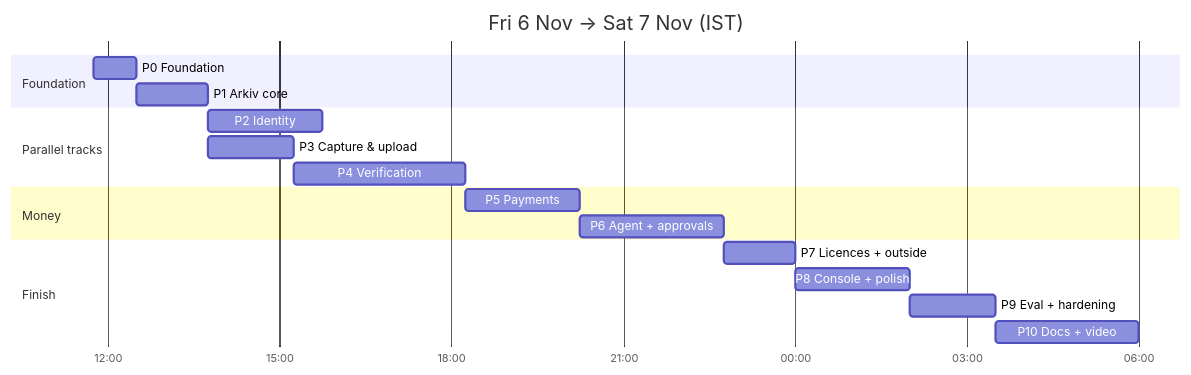
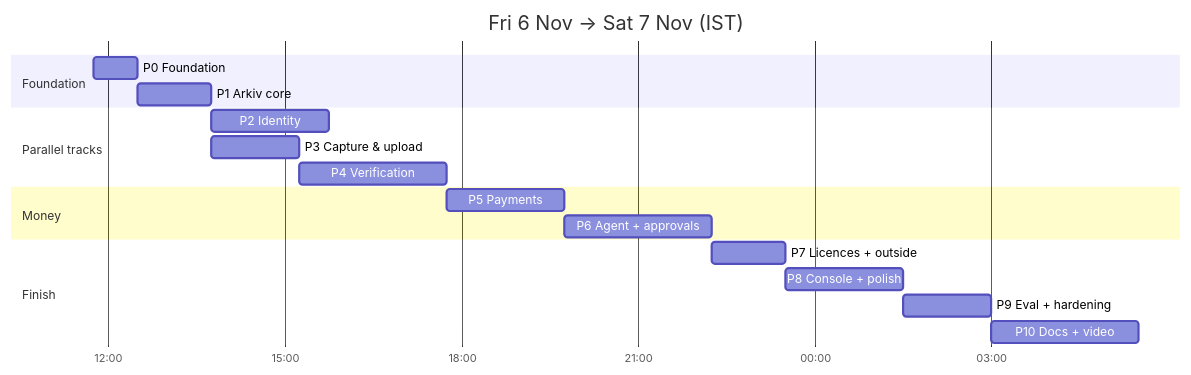
Before and after one commit to Abhishek222983101/agentic-data-exchange: the eighth of 8 diagrams in docs/build/SYSTEM-ARCHITECTURE.md, drawn with Mermaid. The commit also changed other lines of this file and 4 other files, not shown here.

````diff
--- a/docs/build/SYSTEM-ARCHITECTURE.md
+++ b/docs/build/SYSTEM-ARCHITECTURE.md
@@ -932,21 +926,21 @@
 ```mermaid
 gantt
   dateFormat HH:mm
   axisFormat %H:%M
   title Fri 6 Nov → Sat 7 Nov (IST)
   section Foundation
   P0 Foundation           :p0, 11:45, 45m
   P1 Arkiv core           :p1, after p0, 75m
   section Parallel tracks
   P2 Identity             :p2, after p1, 120m
   P3 Capture & upload     :p3, after p1, 90m
-  P4 Verification         :p4, after p3, 180m
+  P4 Verification         :p4, after p3, 150m
   section Money
   P5 Payments             :p5, after p4, 120m
   P6 Agent + approvals    :p6, after p5, 150m
   section Finish
   P7 Licences + outside   :p7, after p6, 75m
   P8 Console + polish     :p8, after p7, 120m
   P9 Eval + hardening     :p9, after p8, 90m
   P10 Docs + video        :p10, after p9, 150m
 ```
````
